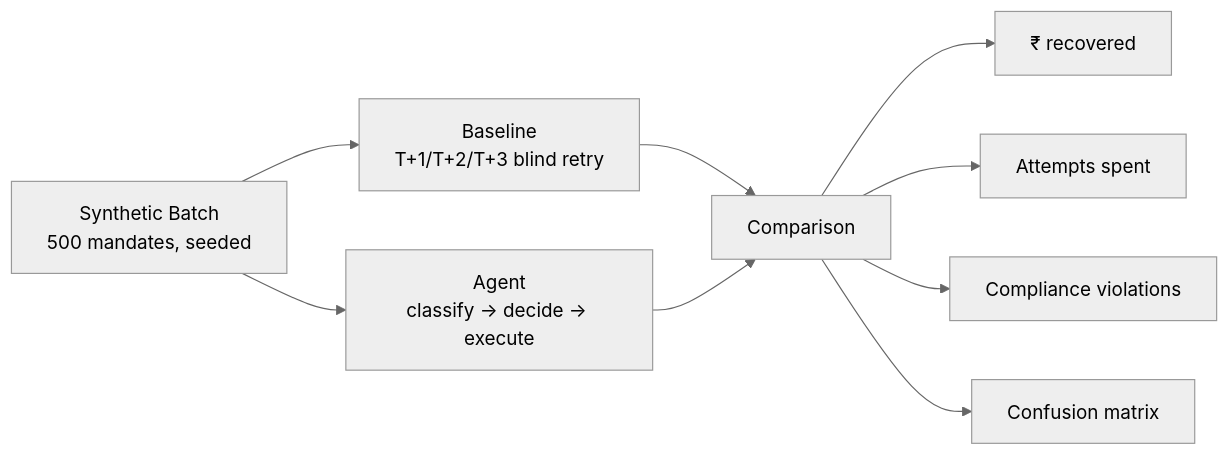
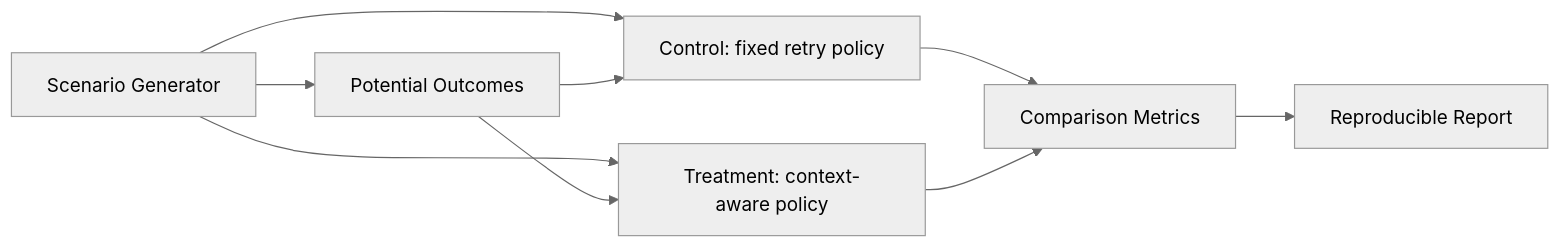
One commit to kundanjan/mandate-doctor changed the second of 2 diagrams in README.md. Above: the diagram before and after it, drawn with Mermaid (neutral theme). The commit also changed other lines of this file, not shown here.

````diff
--- a/README.md
+++ b/README.md
@@ -120,11 +165,11 @@
 ```mermaid
 flowchart LR
-    A[Synthetic Batch<br/>500 mandates, seeded] --> B[Baseline<br/>T+1/T+2/T+3 blind retry]
-    A --> C[Agent<br/>classify → decide → execute]
-    B --> D[Comparison]
-    C --> D
-    D --> E[₹ recovered]
-    D --> F[Attempts spent]
-    D --> G[Compliance violations]
-    D --> H[Confusion matrix]
+    S[Scenario Generator] --> P[Potential Outcomes]
+    S --> C[Control: fixed retry policy]
+    S --> T[Treatment: context-aware policy]
+    P --> C
+    P --> T
+    C --> M[Comparison Metrics]
+    T --> M
+    M --> R[Reproducible Report]
 ```
````
